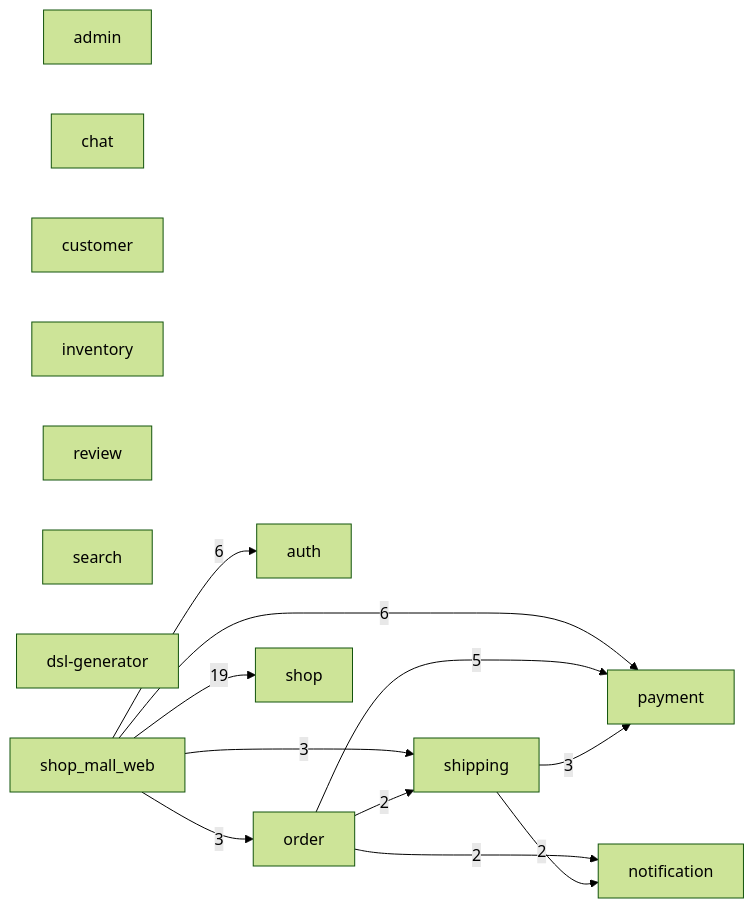
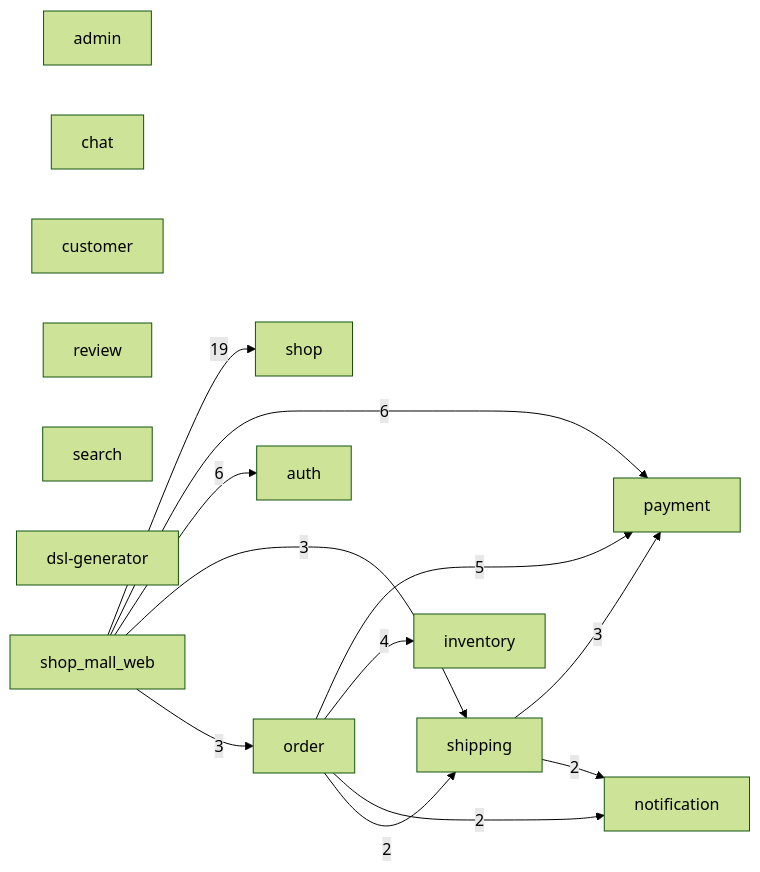
One commit to makoto-developer/go_microservice_example changed the diagram in ARCHITECTURE.md. Above: the diagram before and after it, drawn with Mermaid (forest theme). The commit also changed other lines of this file and 42 other files, not shown here.

````diff
--- a/ARCHITECTURE.md
+++ b/ARCHITECTURE.md
@@ -10,27 +10,28 @@
 ```mermaid
 graph LR
   s0["admin"]
   s1["auth"]
   s2["chat"]
   s3["customer"]
   s4["inventory"]
   s5["notification"]
   s6["order"]
   s7["payment"]
   s8["review"]
   s9["search"]
   s10["shipping"]
   s11["shop"]
   s12["dsl-generator"]
   s13["shop_mall_web"]
   s13 -->|"19"| s11
   s13 -->|"6"| s7
   s13 -->|"6"| s1
   s6 -->|"5"| s7
+  s6 -->|"4"| s4
   s10 -->|"3"| s7
   s13 -->|"3"| s10
   s13 -->|"3"| s6
   s6 -->|"2"| s5
   s6 -->|"2"| s10
   s10 -->|"2"| s5
 ```
````
